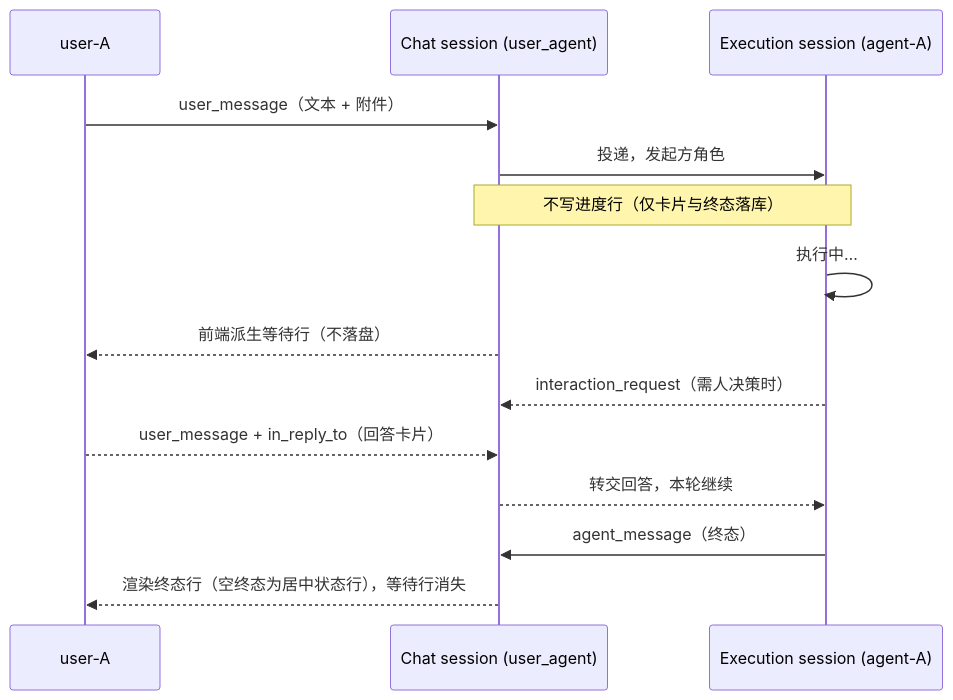
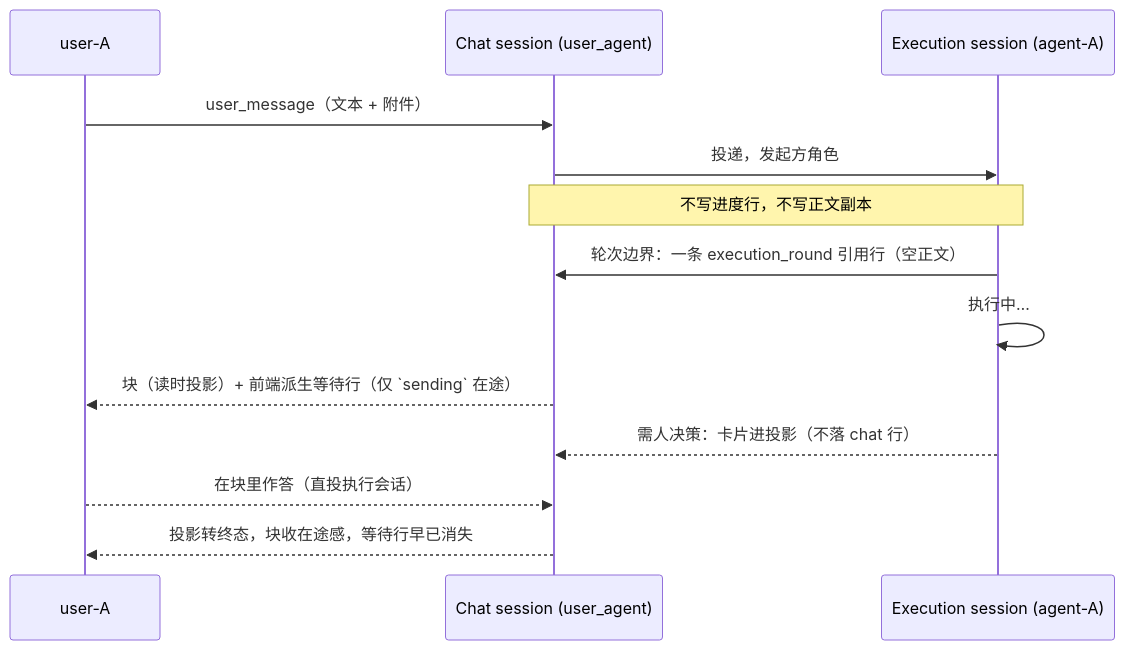
The sixth of 10 diagrams in docs/design/zh/27-intent-messaging-and-group-chat.md (acowork/acowork), drawn with Mermaid before and after one commit. The commit also changed other lines of this file and 3 other files, not shown here.

````diff
--- a/docs/design/zh/27-intent-messaging-and-group-chat.md
+++ b/docs/design/zh/27-intent-messaging-and-group-chat.md
@@ -550,16 +553,15 @@
 ```mermaid
 sequenceDiagram
     participant U as user-A
     participant CS as Chat session (user_agent)
     participant ES as Execution session (agent-A)
     U->>CS: user_message（文本 + 附件）
     CS->>ES: 投递，发起方角色
-    Note over ES,CS: 不写进度行（仅卡片与终态落库）
+    Note over ES,CS: 不写进度行，不写正文副本
+    ES->>CS: 轮次边界：一条 execution_round 引用行（空正文）
     ES->>ES: 执行中…
-    CS-->>U: 前端派生等待行（不落盘）
-    ES-->>CS: interaction_request（需人决策时）
-    U-->>CS: user_message + in_reply_to（回答卡片）
-    CS-->>ES: 转交回答，本轮继续
-    ES->>CS: agent_message（终态）
-    CS-->>U: 渲染终态行（空终态为居中状态行），等待行消失
+    CS-->>U: 块（读时投影）+ 前端派生等待行（仅 `sending` 在途）
+    ES-->>CS: 需人决策：卡片进投影（不落 chat 行）
+    U-->>CS: 在块里作答（直投执行会话）
+    CS-->>U: 投影转终态，块收在途感，等待行早已消失
 ```
````
